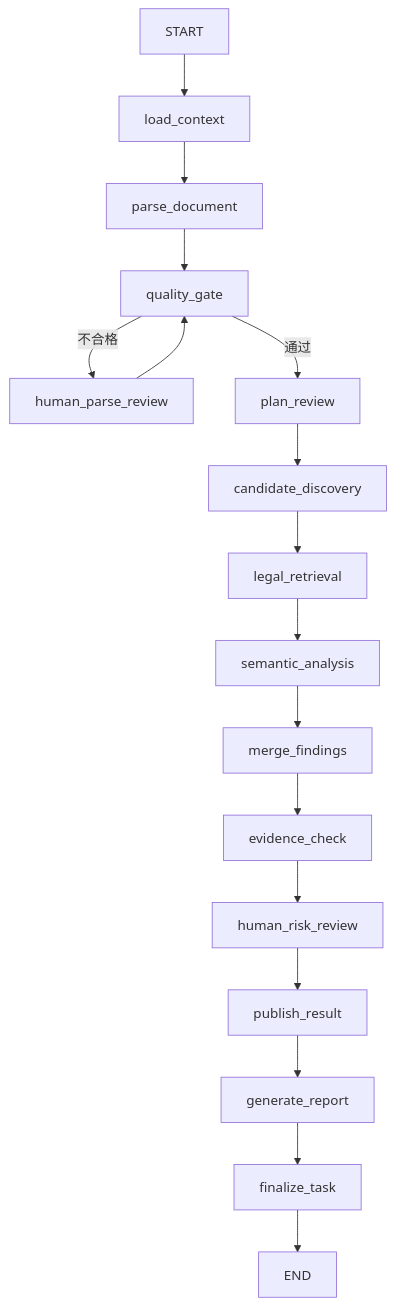
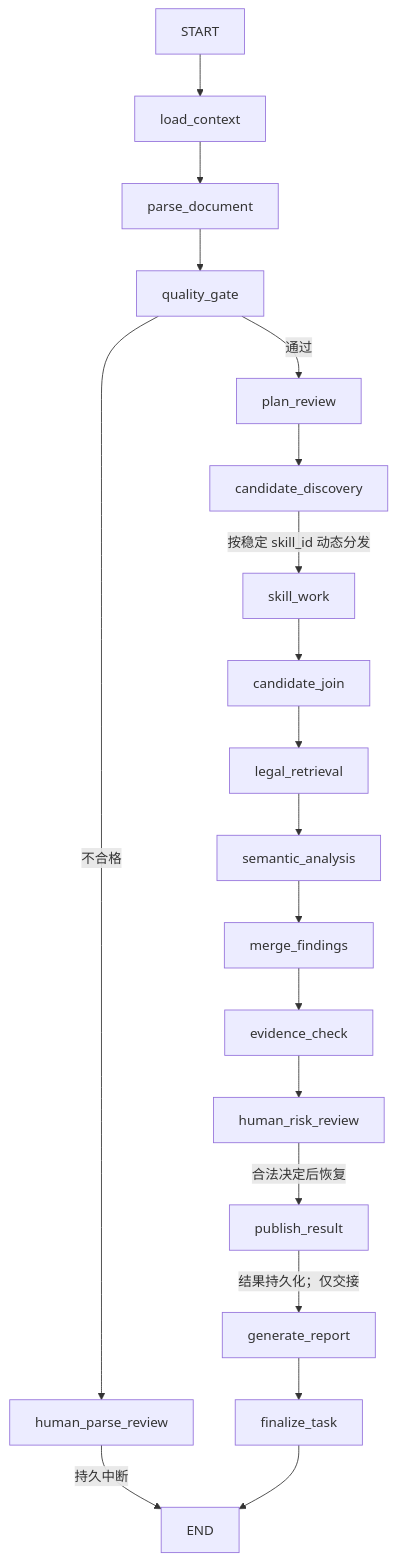
The diagram in docs/architecture/langgraph.md (w186www/Tender-Review), drawn with Mermaid before and after one commit. The commit also changed other lines of this file and 9 other files, not shown here.

````diff
--- a/docs/architecture/langgraph.md
+++ b/docs/architecture/langgraph.md
@@ -7,19 +7,21 @@
 ```mermaid
 flowchart TD
     START --> load_context
     load_context --> parse_document
     parse_document --> quality_gate
     quality_gate -->|不合格| human_parse_review
-    human_parse_review --> quality_gate
+    human_parse_review -->|持久中断| END
     quality_gate -->|通过| plan_review
     plan_review --> candidate_discovery
-    candidate_discovery --> legal_retrieval
+    candidate_discovery -->|按稳定 skill_id 动态分发| skill_work
+    skill_work --> candidate_join
+    candidate_join --> legal_retrieval
     legal_retrieval --> semantic_analysis
     semantic_analysis --> merge_findings
     merge_findings --> evidence_check
     evidence_check --> human_risk_review
-    human_risk_review --> publish_result
-    publish_result --> generate_report
+    human_risk_review -->|合法决定后恢复| publish_result
+    publish_result -->|结果持久化；仅交接| generate_report
     generate_report --> finalize_task
     finalize_task --> END
 ```
````
